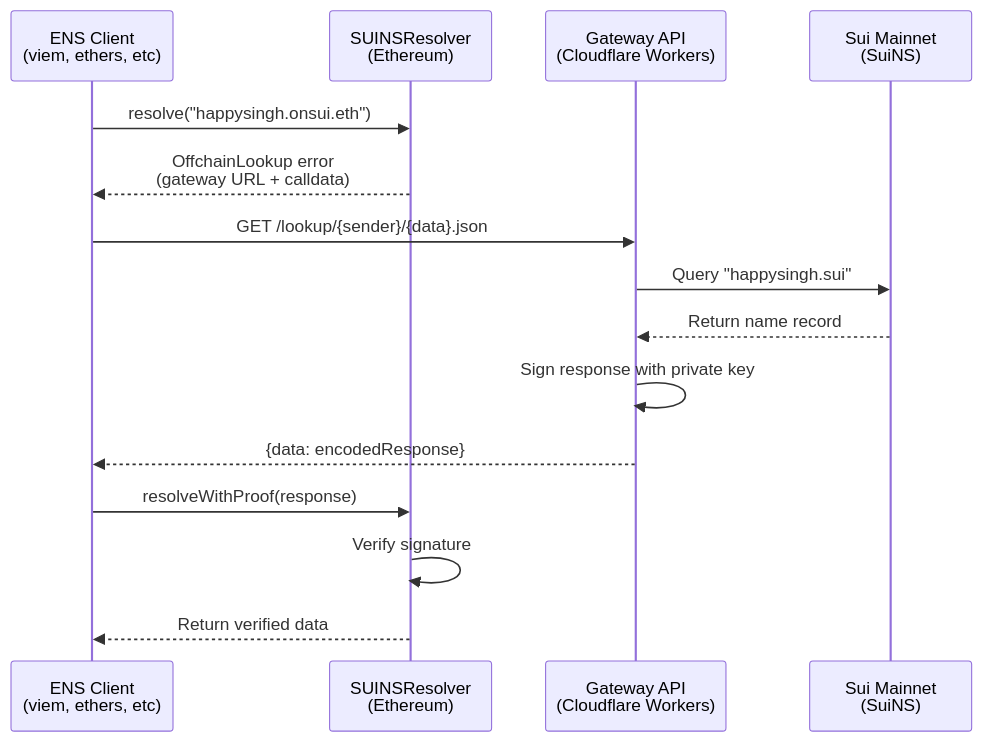
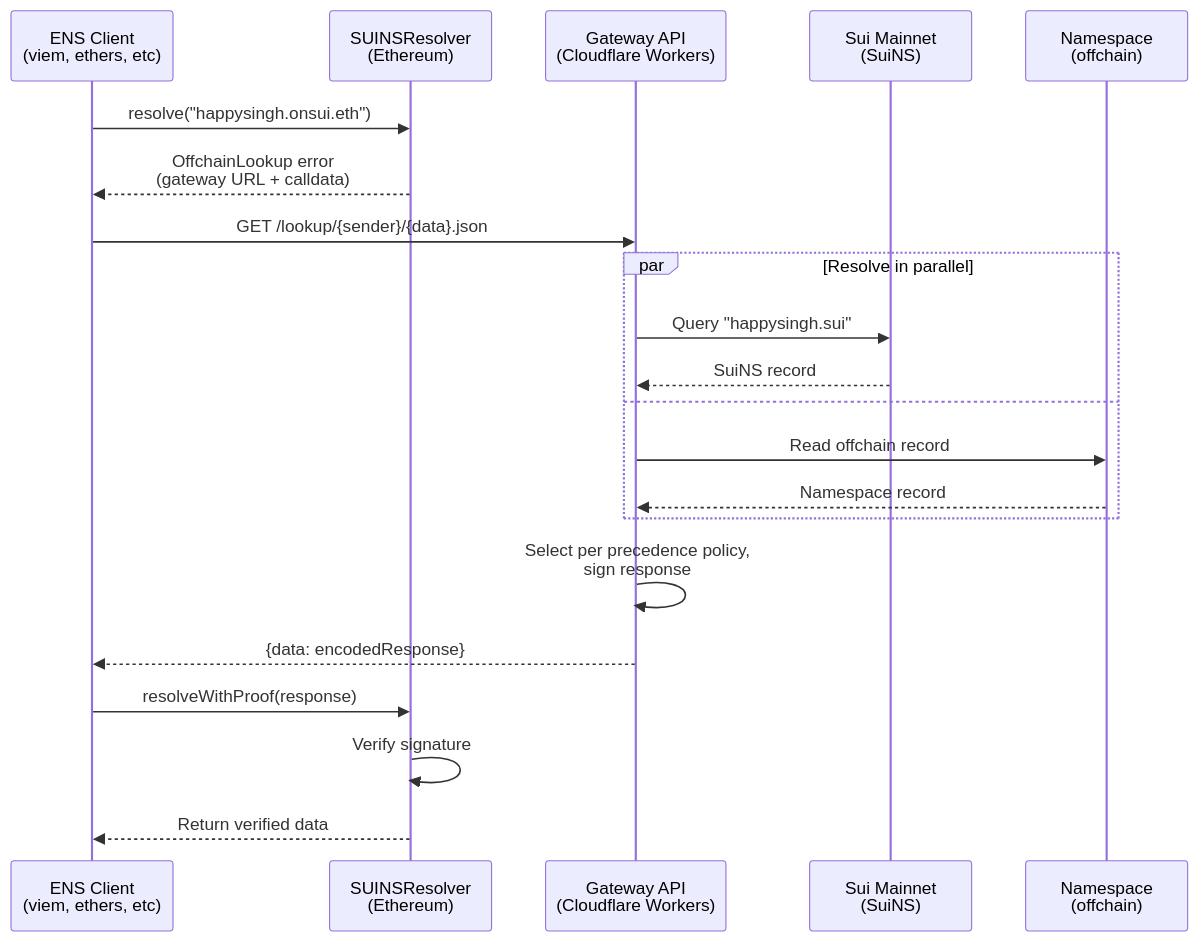
Before and after one commit to HAPPYS1NGH/suins-ens-gateway: the diagram in ARCHITECTURE.md, drawn with Mermaid. The commit also changed other lines of this file and 1 other file, not shown here.

First line of the commit message:
docs: reflect dual-source resolution (SuiNS + Namespace) and demo app

````diff
--- a/ARCHITECTURE.md
+++ b/ARCHITECTURE.md
@@ -15,18 +15,24 @@
 ```mermaid
 sequenceDiagram
     participant Client as ENS Client<br/>(viem, ethers, etc)
     participant Contract as SUINSResolver<br/>(Ethereum)
     participant Gateway as Gateway API<br/>(Cloudflare Workers)
     participant Sui as Sui Mainnet<br/>(SuiNS)
+    participant NS as Namespace<br/>(offchain)
 
     Client->>Contract: resolve("happysingh.onsui.eth")
     Contract-->>Client: OffchainLookup error<br/>(gateway URL + calldata)
     Client->>Gateway: GET /lookup/{sender}/{data}.json
-    Gateway->>Sui: Query "happysingh.sui"
-    Sui-->>Gateway: Return name record
-    Gateway->>Gateway: Sign response with private key
+    par Resolve in parallel
+        Gateway->>Sui: Query "happysingh.sui"
+        Sui-->>Gateway: SuiNS record
+    and
+        Gateway->>NS: Read offchain record
+        NS-->>Gateway: Namespace record
+    end
+    Gateway->>Gateway: Select per precedence policy,<br/>sign response
     Gateway-->>Client: {data: encodedResponse}
     Client->>Contract: resolveWithProof(response)
     Contract->>Contract: Verify signature
     Contract-->>Client: Return verified data
 ```
````
